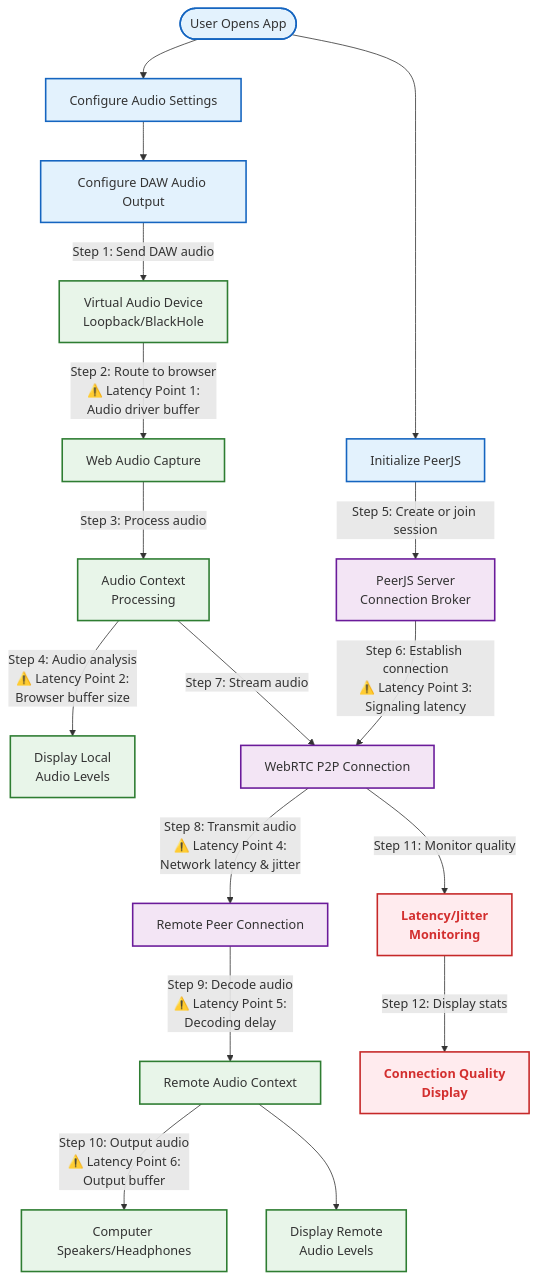
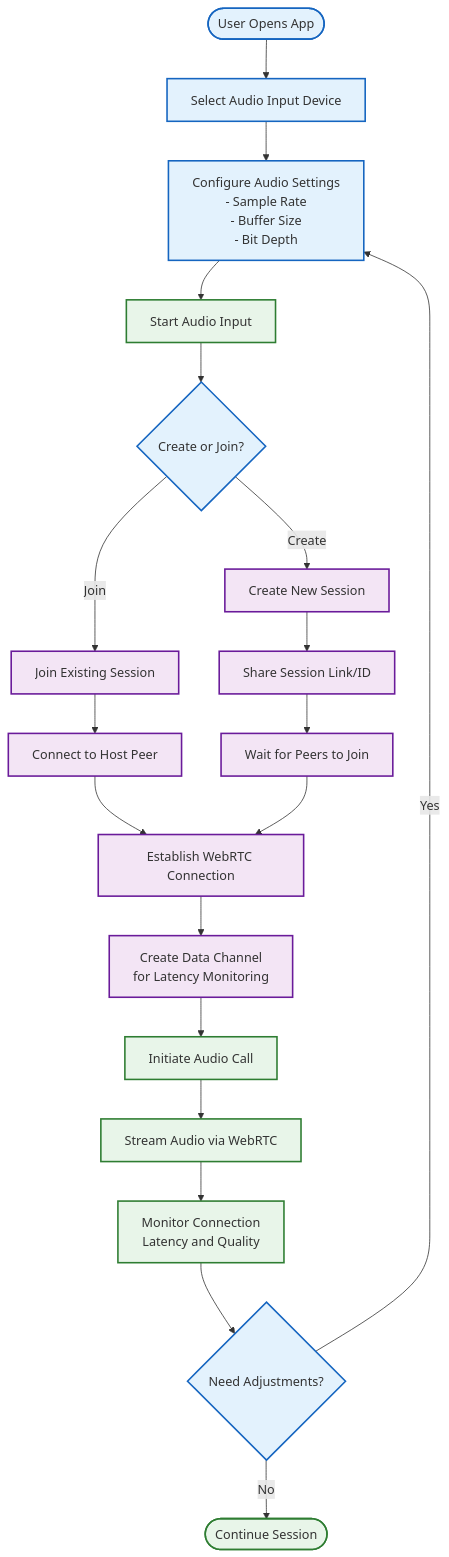
The diagram in README.md (jmelvnsn/remote-daw), drawn with Mermaid before and after one commit. The commit also changed 5 other files, not shown here.

````diff
--- a/README.md
+++ b/README.md
@@ -23,54 +23,35 @@
 ```mermaid
 flowchart TB
-    %% Start with user setup
-    Start([User Opens App]) --> AudioSettings[Configure Audio Settings]
-    AudioSettings --> ConfigureDAW[Configure DAW Audio Output]
+    Start([User Opens App]) --> SelectAudio[Select Audio Input Device]
+    SelectAudio --> ConfigSettings[Configure Audio Settings\n- Sample Rate\n- Buffer Size\n- Bit Depth]
+    ConfigSettings --> StartAudio[Start Audio Input]
+    StartAudio --> CreateOrJoin{Create or Join?}
     
-    %% DAW routing setup - Local Side
-    ConfigureDAW --> |Step 1: Send DAW audio| VirtualDevice[Virtual Audio Device<br>Loopback/BlackHole]
+    CreateOrJoin -->|Create| CreateSession[Create New Session]
+    CreateOrJoin -->|Join| JoinSession[Join Existing Session]
     
-    %% First potential latency point
-    VirtualDevice --> |Step 2: Route to browser<br>⚠️ Latency Point 1:<br>Audio driver buffer| WebAudioCapture[Web Audio Capture]
+    CreateSession --> ShareLink[Share Session Link/ID]
+    JoinSession --> ConnectToPeer[Connect to Host Peer]
+    ShareLink --> WaitForPeers[Wait for Peers to Join]
     
-    %% Audio processing in browser
-    WebAudioCapture --> |Step 3: Process audio| AudioContext[Audio Context<br>Processing]
+    ConnectToPeer --> EstablishRTC[Establish WebRTC Connection]
+    WaitForPeers --> EstablishRTC
     
-    %% Second potential latency point
-    AudioContext --> |Step 4: Audio analysis<br>⚠️ Latency Point 2:<br>Browser buffer size| LocalMeters[Display Local<br>Audio Levels]
+    EstablishRTC --> CreateDataChannel[Create Data Channel\nfor Latency Monitoring]
+    CreateDataChannel --> InitiateCall[Initiate Audio Call]
     
-    %% Session establishment
-    Start --> InitPeerJS[Initialize PeerJS]
-    InitPeerJS --> |Step 5: Create or join session| PeerServer[PeerJS Server<br>Connection Broker]
+    InitiateCall --> StreamAudio[Stream Audio via WebRTC]
+    StreamAudio --> MonitorLatency[Monitor Connection\nLatency and Quality]
     
-    %% Third potential latency point
-    PeerServer --> |Step 6: Establish connection<br>⚠️ Latency Point 3:<br>Signaling latency| PeerConnection[WebRTC P2P Connection]
+    MonitorLatency --> AdjustSettings{Need Adjustments?}
+    AdjustSettings -->|Yes| ConfigSettings
+    AdjustSettings -->|No| Continue([Continue Session])
     
-    %% Audio streaming
-    AudioContext --> |Step 7: Stream audio| PeerConnection
+    classDef userActions fill:#e3f2fd,stroke:#1565c0,stroke-width:2px
+    classDef connectionSteps fill:#f3e5f5,stroke:#6a1b9a,stroke-width:2px
+    classDef audioSteps fill:#e8f5e9,stroke:#2e7d32,stroke-width:2px
     
-    %% Fourth and most significant latency point
-    PeerConnection --> |Step 8: Transmit audio<br>⚠️ Latency Point 4:<br>Network latency & jitter| RemotePeer[Remote Peer Connection]
-    
-    %% Receiving side
-    RemotePeer --> |Step 9: Decode audio<br>⚠️ Latency Point 5:<br>Decoding delay| RemoteAudioContext[Remote Audio Context]
-    
-    %% Fifth potential latency point
-    RemoteAudioContext --> |Step 10: Output audio<br>⚠️ Latency Point 6:<br>Output buffer| Speakers[Computer Speakers/Headphones]
-    RemoteAudioContext --> RemoteMeters[Display Remote<br>Audio Levels]
-    
-    %% Latency monitoring
-    PeerConnection --> |Step 11: Monitor quality| LatencyMonitor[Latency/Jitter<br>Monitoring]
-    LatencyMonitor --> |Step 12: Display stats| LatencyDisplay[Connection Quality<br>Display]
-    
-    %% Styling for clarity
-    classDef setup fill:#e3f2fd,stroke:#1565c0,stroke-width:2px
-    classDef audio fill:#e8f5e9,stroke:#2e7d32,stroke-width:2px
-    classDef network fill:#f3e5f5,stroke:#6a1b9a,stroke-width:2px
-    classDef latency fill:#ffebee,stroke:#c62828,stroke-width:2px,color:#d32f2f,font-weight:bold
-    
-    %% Apply styles
-    class Start,AudioSettings,ConfigureDAW,InitPeerJS setup
-    class VirtualDevice,WebAudioCapture,AudioContext,LocalMeters,RemoteAudioContext,RemoteMeters,Speakers audio
-    class PeerServer,PeerConnection,RemotePeer network
-    class LatencyMonitor,LatencyDisplay latency
+    class Start,SelectAudio,ConfigSettings,CreateOrJoin,AdjustSettings userActions
+    class CreateSession,JoinSession,ShareLink,WaitForPeers,ConnectToPeer,EstablishRTC,CreateDataChannel connectionSteps
+    class StartAudio,InitiateCall,StreamAudio,MonitorLatency,Continue audioSteps
 ```
````
